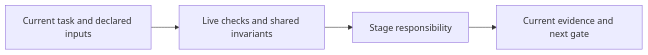
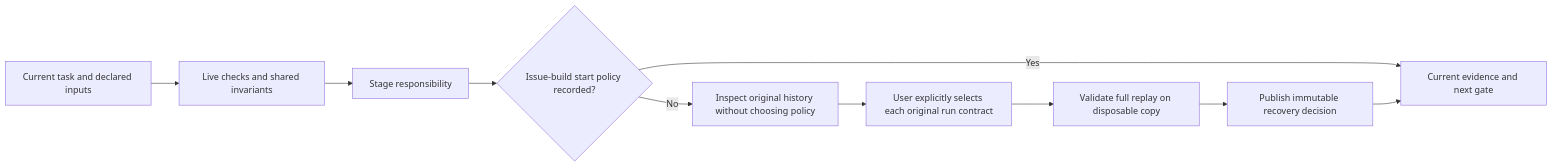
One commit to wgentil/devflow changed the diagram in skills/issues/SKILL.md. Above: the diagram before and after it, drawn with Mermaid. The commit also changed other lines of this file and 17 other files, not shown here.

Commit message:
docs: explain explicit replay recovery and retain verification evidence

````diff
--- a/skills/issues/SKILL.md
+++ b/skills/issues/SKILL.md
@@ -14,6 +14,12 @@
 ```mermaid
 flowchart LR
     Scope[Current task and declared inputs] --> Checks[Live checks and shared invariants]
     Checks --> Work[Stage responsibility]
-    Work --> Evidence[Current evidence and next gate]
+    Work --> Start{Issue-build start policy recorded?}
+    Start -->|Yes| Evidence[Current evidence and next gate]
+    Start -->|No| Inspect[Inspect original history without choosing policy]
+    Inspect --> Choose[User explicitly selects each original run contract]
+    Choose --> Validate[Validate full replay on disposable copy]
+    Validate --> Publish[Publish immutable recovery decision]
+    Publish --> Evidence
 ```
````
